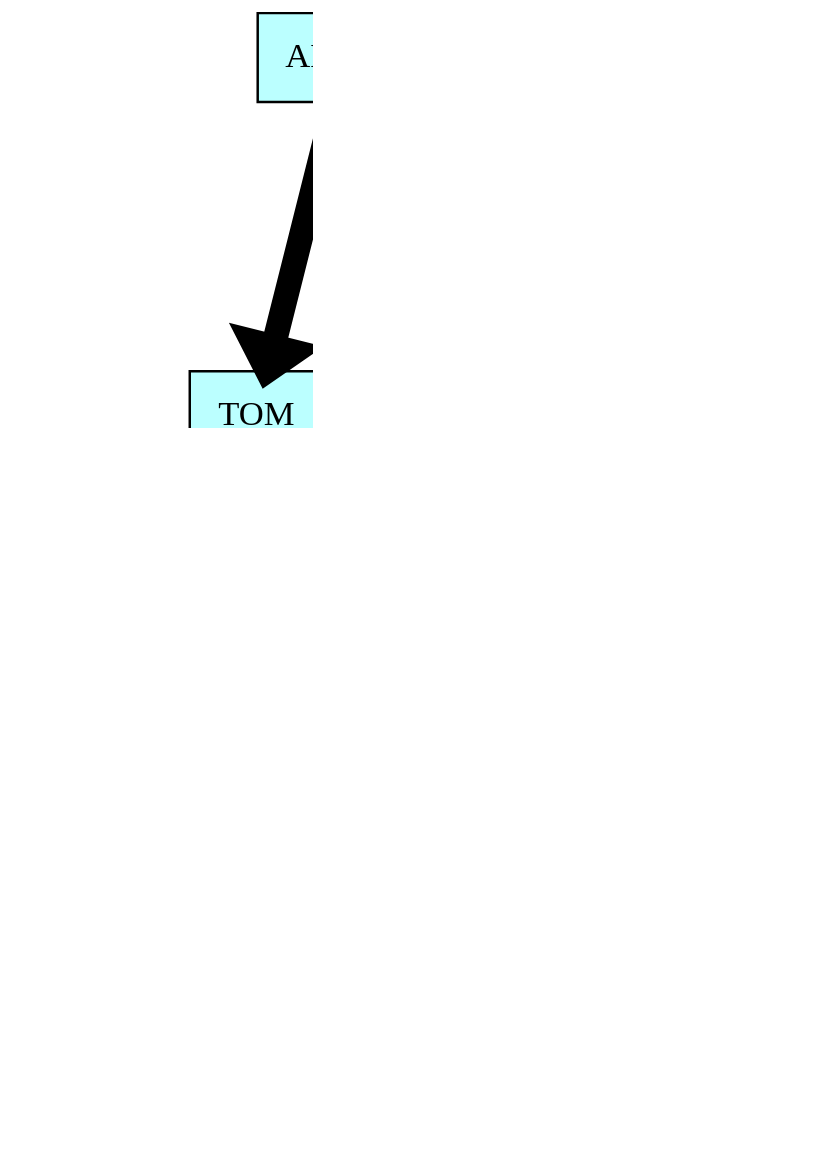
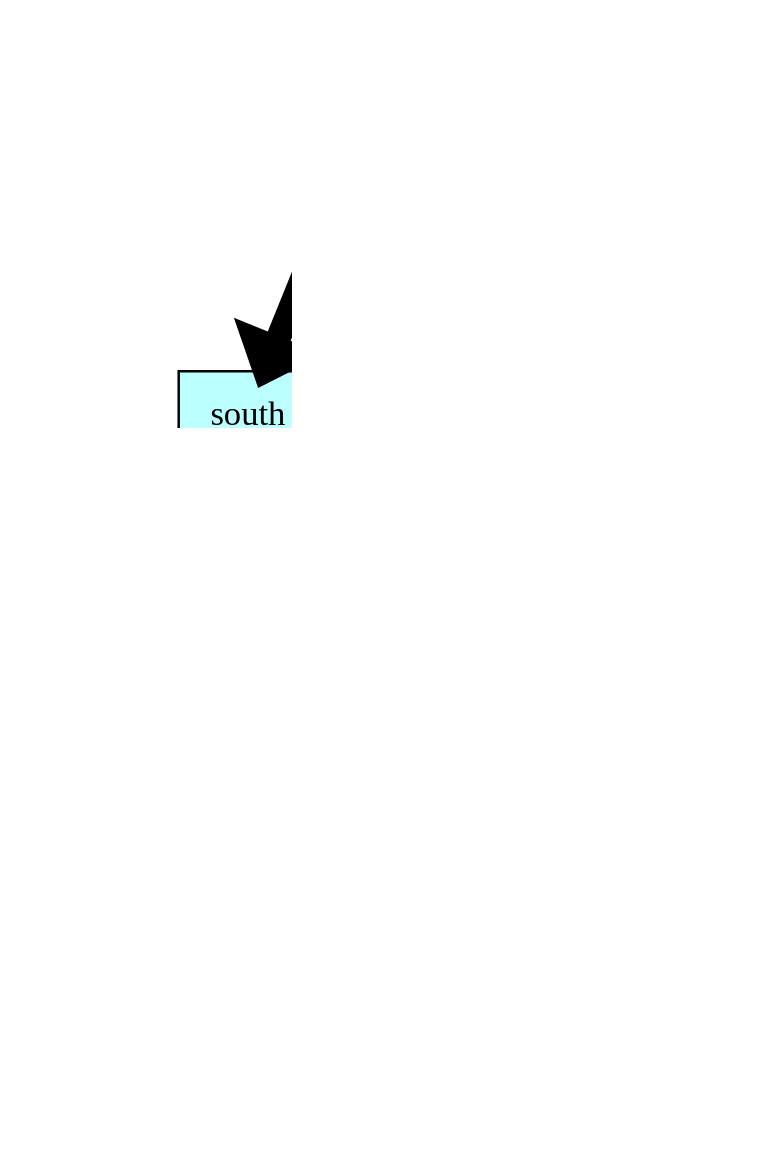
Before and after one commit to Troll0ton/Akinator3000: the diagram in dump/list_graph.dot, drawn with Graphviz. The commit also changed 126 other files, not shown here.

```diff
--- a/dump/list_graph.dot
+++ b/dump/list_graph.dot
@@ -1,38 +1,38 @@
 digraph structs {    
 rankdir = TB;        
 graph [dpi = 200];   
 ranksep = 1.5;       
 edge[penwidth = 10]; 
 cell0 [style = filled, color = black, fillcolor = paleturquoise1,
-shape=record,label = " { <ptr> ANTON} " ];                         
+shape=record,label = " { <ptr> Country} " ];                         
 cell1 [style = filled, color = black, fillcolor = paleturquoise1,
-shape=record,label = " { <ptr> TOM} " ];                         
+shape=record,label = " { <ptr> south} " ];                         
 cell2 [style = filled, color = black, fillcolor = paleturquoise1,
-shape=record,label = " { <ptr> KOK} " ];                         
+shape=record,label = " { <ptr> africa}} " ];                         
 cell3 [style = filled, color = black, fillcolor = paleturquoise1,
-shape=record,label = " { <ptr> TOB} " ];                         
+shape=record,label = " { <ptr> ihih} " ];                         
 cell4 [style = filled, color = black, fillcolor = paleturquoise1,
-shape=record,label = " { <ptr> KEK} " ];                         
+shape=record,label = " { <ptr> huh} " ];                         
 cell5 [style = filled, color = black, fillcolor = paleturquoise1,
-shape=record,label = " { <ptr> KEK} " ];                         
+shape=record,label = " { <ptr> Europe}} " ];                         
 cell6 [style = filled, color = black, fillcolor = paleturquoise1,
-shape=record,label = " { <ptr> KEK} " ];                         
+shape=record,label = " { <ptr> there_are_people} " ];                         
 cell7 [style = filled, color = black, fillcolor = paleturquoise1,
-shape=record,label = " { <ptr> KEK} " ];                         
+shape=record,label = " { <ptr> Animal}} " ];                         
 cell8 [style = filled, color = black, fillcolor = paleturquoise1,
-shape=record,label = " { <ptr> KEK} " ];                         
+shape=record,label = " { <ptr> SDS} " ];                         
 cell9 [style = filled, color = black, fillcolor = paleturquoise1,
-shape=record,label = " { <ptr> KEK} " ];                         
+shape=record,label = " { <ptr> GEGR}} " ];                         
 cell10 [style = filled, color = black, fillcolor = paleturquoise1,
-shape=record,label = " { <ptr> KEK} " ];                         
+shape=record,label = " { <ptr> Town}} " ];                         
 cell0 -> cell1;
 cell1 -> cell2;
 cell1 -> cell3;
-cell0 -> cell4;
-cell4 -> cell5;
-cell5 -> cell6;
-cell5 -> cell7;
-cell4 -> cell8;
+cell3 -> cell4;
+cell3 -> cell5;
+cell0 -> cell6;
+cell6 -> cell7;
+cell6 -> cell8;
 cell8 -> cell9;
 cell8 -> cell10;
 }
```
